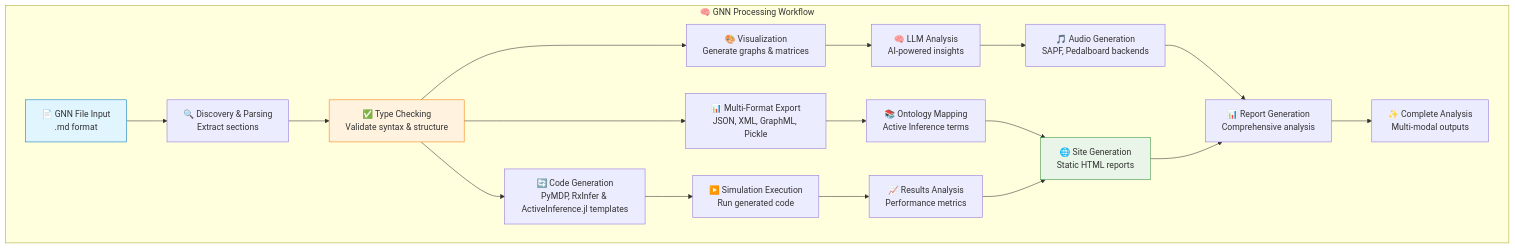
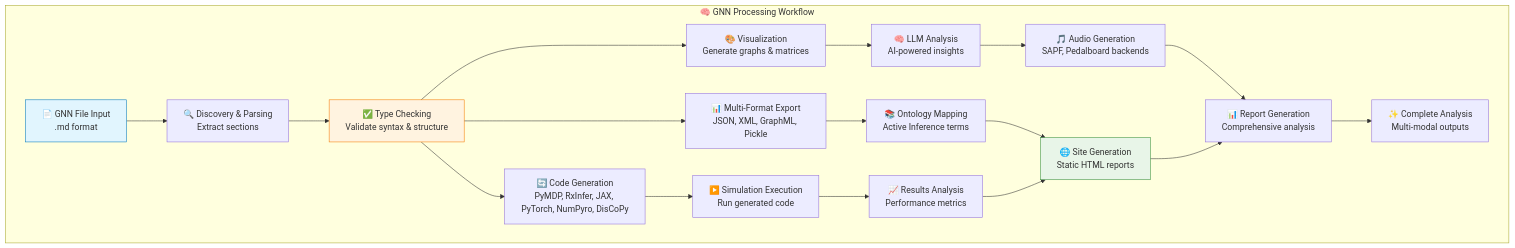
Before and after one commit to ActiveInferenceInstitute/GeneralizedNotationNotation: the sixth of 8 diagrams in README.md, drawn with Mermaid. The commit also changed other lines of this file and 1810 other files, not shown here.

````diff
--- a/README.md
+++ b/README.md
@@ -516,29 +528,29 @@
 ```mermaid
 flowchart TD
     subgraph "🧠 GNN Processing Workflow"
         A["📄 GNN File Input<br/>.md format"] --> B["🔍 Discovery & Parsing<br/>Extract sections"]
         B --> C["✅ Type Checking<br/>Validate syntax & structure"]
         C --> D["📊 Multi-Format Export<br/>JSON, XML, GraphML, Pickle"]
         
         C --> E["🎨 Visualization<br/>Generate graphs & matrices"]
-        C --> F["🔄 Code Generation<br/>PyMDP, RxInfer & ActiveInference.jl templates"]
+        C --> F["🔄 Code Generation<br/>PyMDP, RxInfer, JAX, PyTorch, NumPyro, DisCoPy"]
         
         F --> G["▶️ Simulation Execution<br/>Run generated code"]
         E --> H["🧠 LLM Analysis<br/>AI-powered insights"]
         
         D --> I["📚 Ontology Mapping<br/>Active Inference terms"]
         G --> J["📈 Results Analysis<br/>Performance metrics"]
         H --> K["🎵 Audio Generation<br/>SAPF, Pedalboard backends"]
         
         I --> L["🌐 Site Generation<br/>Static HTML reports"]
         J --> L
         K --> M["📊 Report Generation<br/>Comprehensive analysis"]
         
         L --> M
         M --> N["✨ Complete Analysis<br/>Multi-modal outputs"]
     end
     
     style A fill:#e1f5fe,stroke:#0277bd
     style C fill:#fff3e0,stroke:#f57c00
     style L fill:#e8f5e8,stroke:#388e3c
 ```
````
